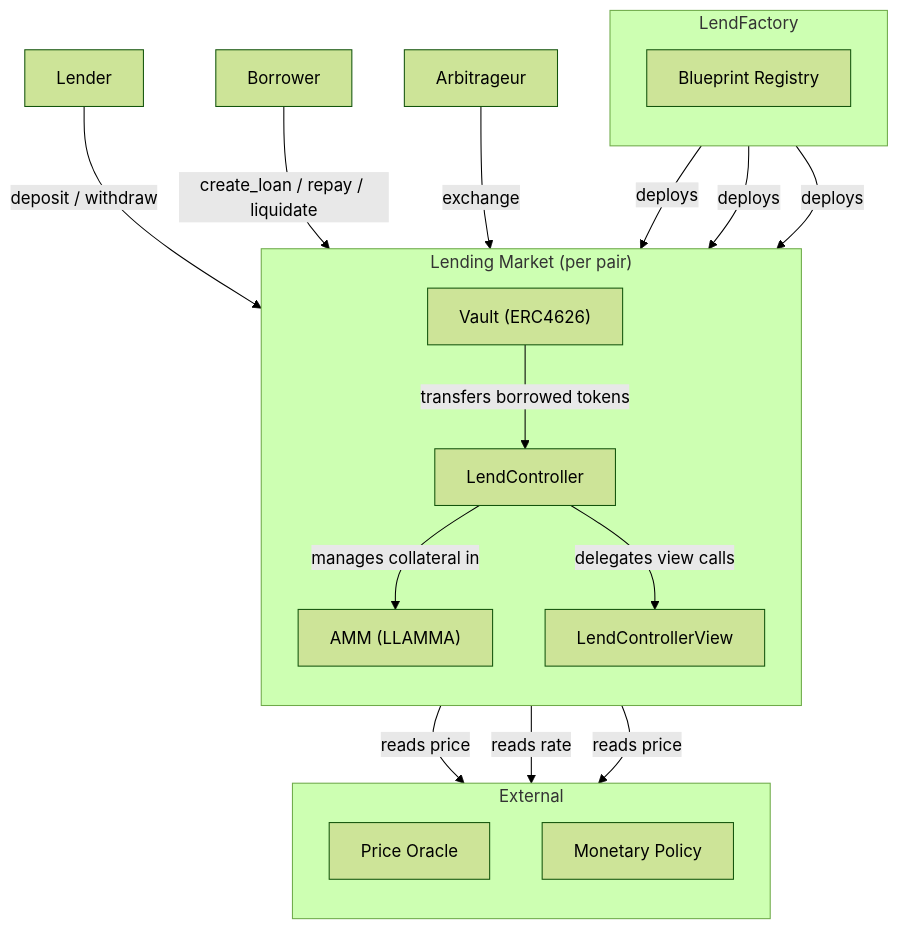
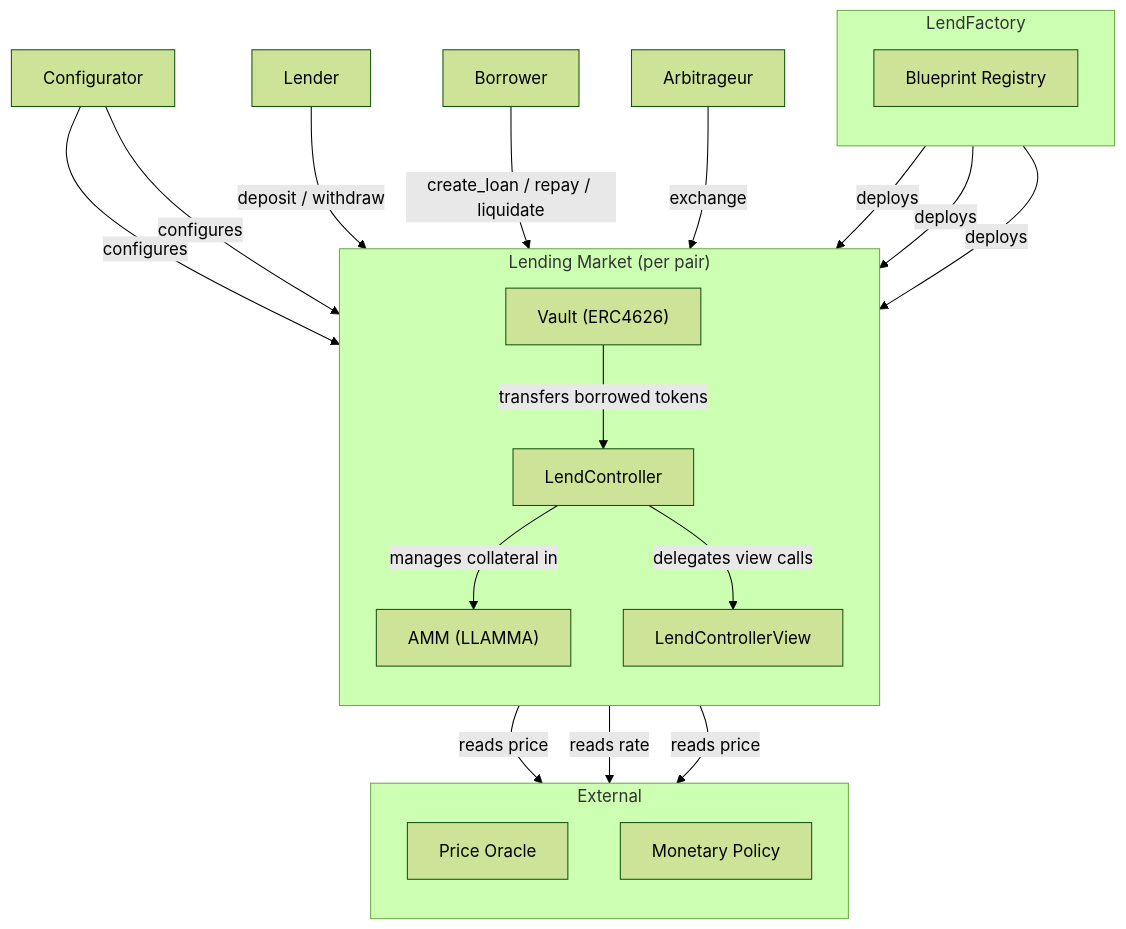
One commit to curvefi/docs changed the diagram in docs/developer/llamalend-v2/overview.md. Above: the diagram before and after it, drawn with Mermaid (forest theme). The commit also changed other lines of this file and 2 other files, not shown here.

Commit message:
docs: add LlamaLend v2 configurator reference

````diff
--- a/docs/developer/llamalend-v2/overview.md
+++ b/docs/developer/llamalend-v2/overview.md
@@ -40,36 +40,39 @@
 ```mermaid
 graph TB
     subgraph Factory["LendFactory"]
         direction TB
         BP["Blueprint Registry"]
     end
 
     subgraph Market["Lending Market (per pair)"]
         direction TB
         V["Vault (ERC4626)"]
         C["LendController"]
         AMM["AMM (LLAMMA)"]
         CV["LendControllerView"]
     end
 
     subgraph Ext["External"]
         direction TB
         Oracle["Price Oracle"]
         MP["Monetary Policy"]
     end
 
     Factory -- "deploys" --> V
     Factory -- "deploys" --> C
     Factory -- "deploys" --> AMM
 
+    Configurator["Configurator"] -- "configures" --> C
+    Configurator -- "configures" --> AMM
+
     V -- "transfers borrowed tokens" --> C
     C -- "manages collateral in" --> AMM
     C -- "delegates view calls" --> CV
     C -- "reads price" --> Oracle
     C -- "reads rate" --> MP
     AMM -- "reads price" --> Oracle
 
     Lender["Lender"] -- "deposit / withdraw" --> V
     Borrower["Borrower"] -- "create_loan / repay / liquidate" --> C
     Arb["Arbitrageur"] -- "exchange" --> AMM
 ```
````
